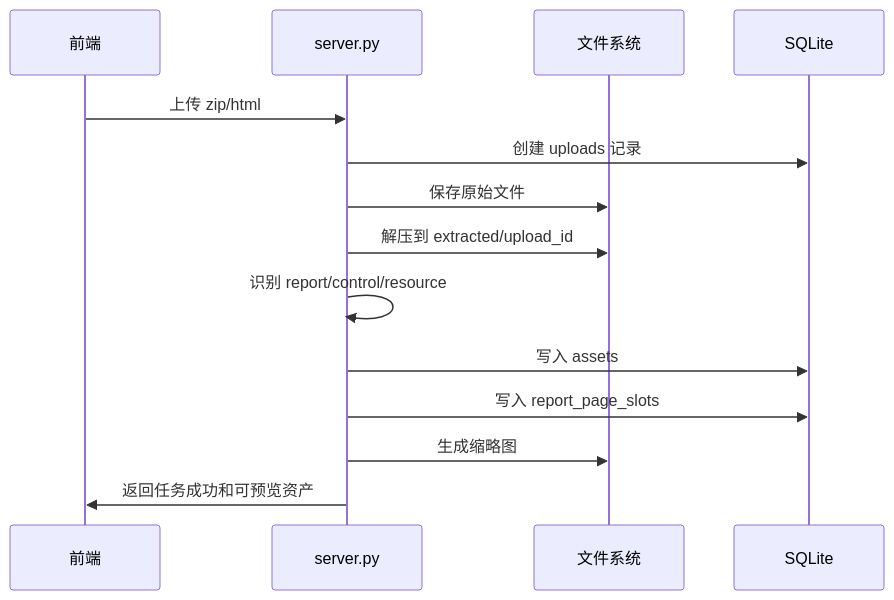
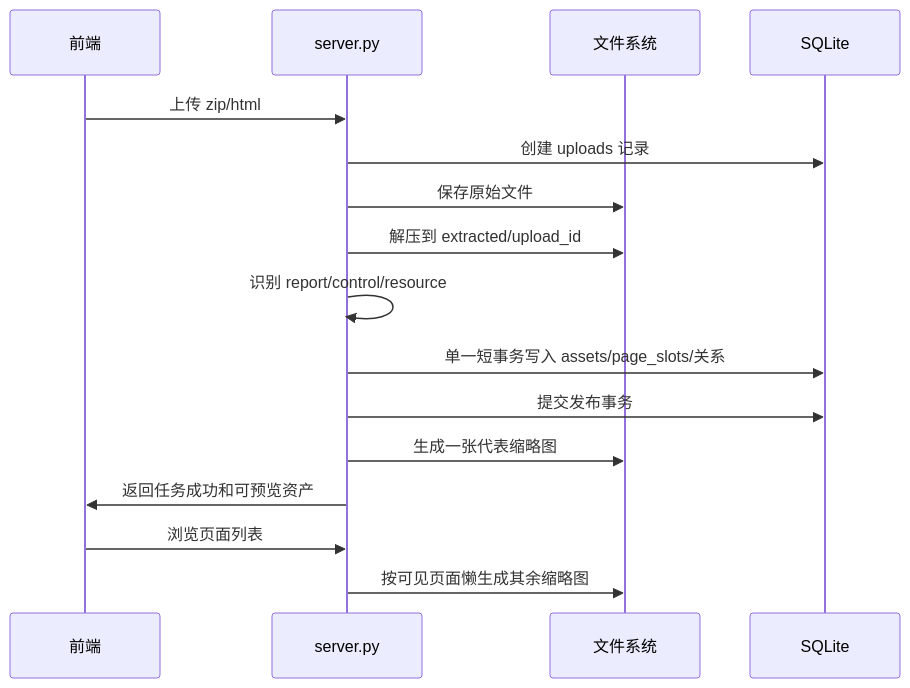
The second of 2 diagrams in docs/MineM_TECHNICAL.md (Jo-Tsu/minem), drawn with Mermaid before and after one commit. The commit also changed other lines of this file and 91 other files, not shown here.

````diff
--- a/docs/MineM_TECHNICAL.md
+++ b/docs/MineM_TECHNICAL.md
@@ -323,17 +362,19 @@
 ```mermaid
 sequenceDiagram
   participant UI as 前端
   participant API as server.py
   participant FS as 文件系统
   participant DB as SQLite
 
   UI->>API: 上传 zip/html
   API->>DB: 创建 uploads 记录
   API->>FS: 保存原始文件
   API->>FS: 解压到 extracted/upload_id
   API->>API: 识别 report/control/resource
-  API->>DB: 写入 assets
-  API->>DB: 写入 report_page_slots
-  API->>FS: 生成缩略图
+  API->>DB: 单一短事务写入 assets/page_slots/关系
+  API->>DB: 提交发布事务
+  API->>FS: 生成一张代表缩略图
   API->>UI: 返回任务成功和可预览资产
+  UI->>API: 浏览页面列表
+  API->>FS: 按可见页面懒生成其余缩略图
 ```
````
